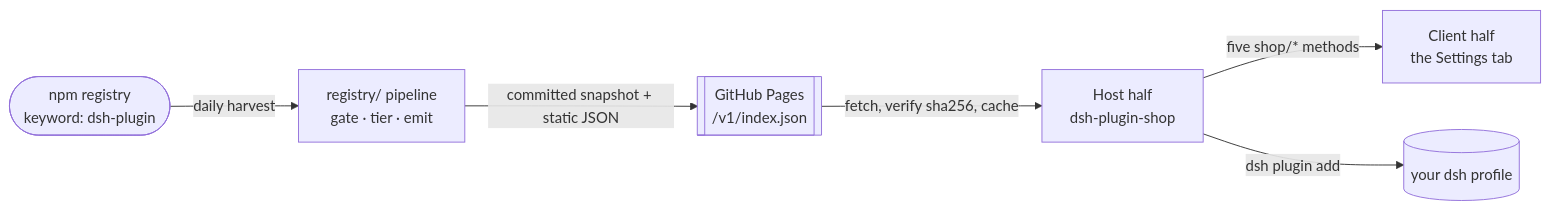
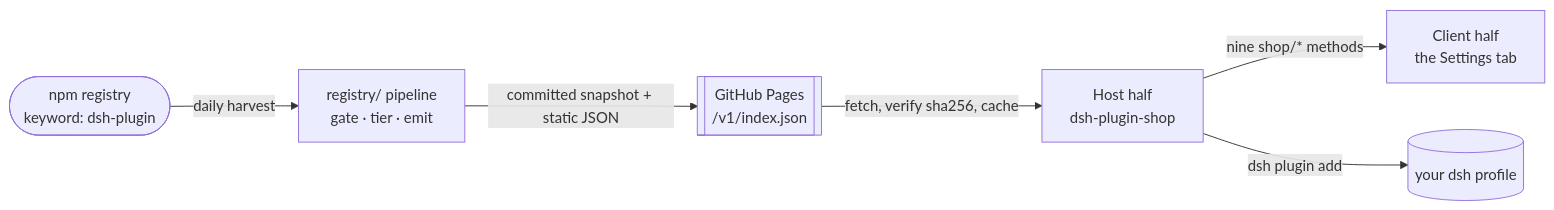
The diagram in README.md (LivXue/dsh-plugin-shop), drawn with Mermaid before and after one commit. The commit also changed other lines of this file and 4 other files, not shown here.

````diff
--- a/README.md
+++ b/README.md
@@ -38,8 +38,8 @@
 ```mermaid
 flowchart LR
   npm(["npm registry<br/>keyword: dsh-plugin"]) -->|daily harvest| build["registry/ pipeline<br/>gate · tier · emit"]
   build -->|committed snapshot + static JSON| pages[["GitHub Pages<br/>/v1/index.json"]]
   pages -->|fetch, verify sha256, cache| host["Host half<br/>dsh-plugin-shop"]
-  host -->|five shop/* methods| client["Client half<br/>the Settings tab"]
+  host -->|nine shop/* methods| client["Client half<br/>the Settings tab"]
   host -->|dsh plugin add| profile[("your dsh profile")]
 ```
````
